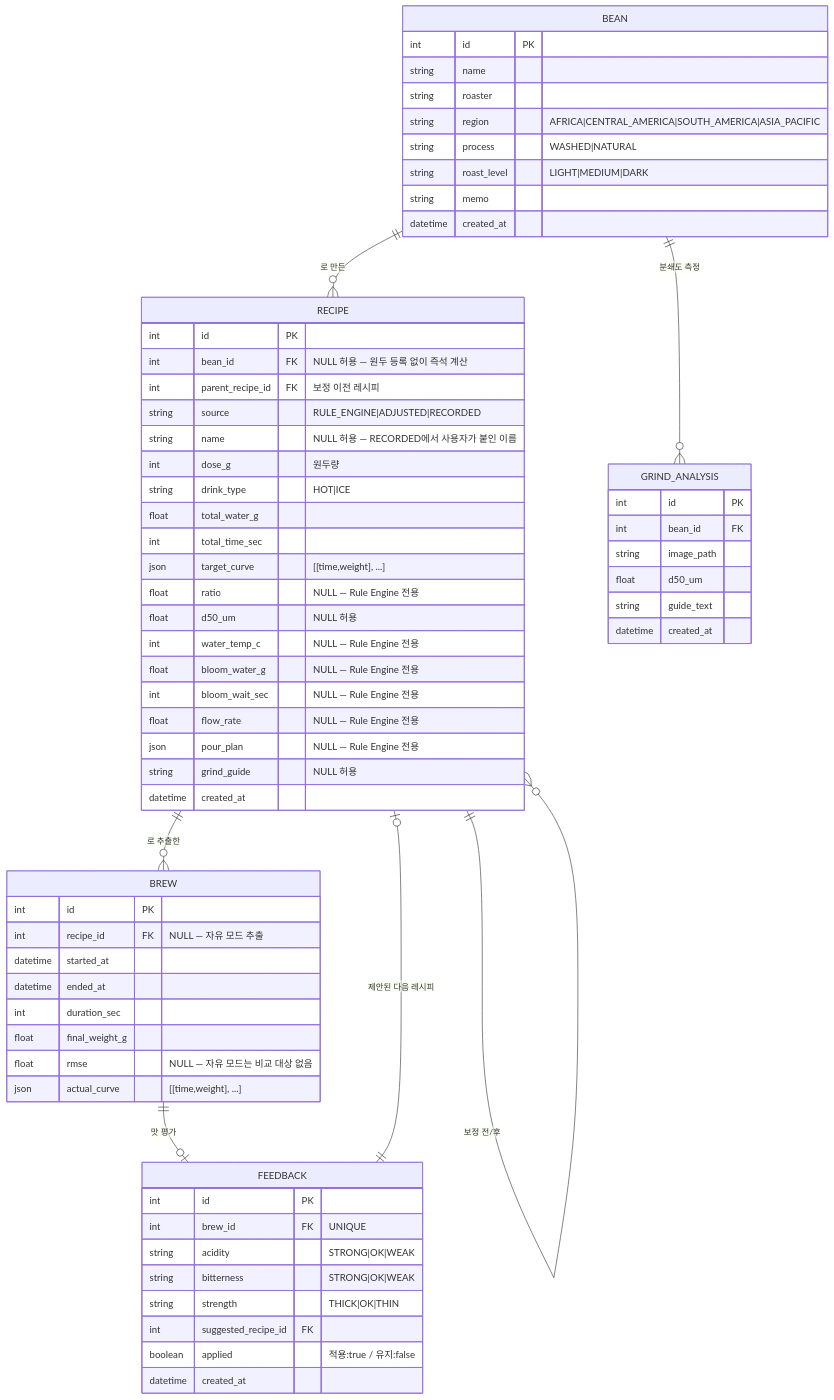
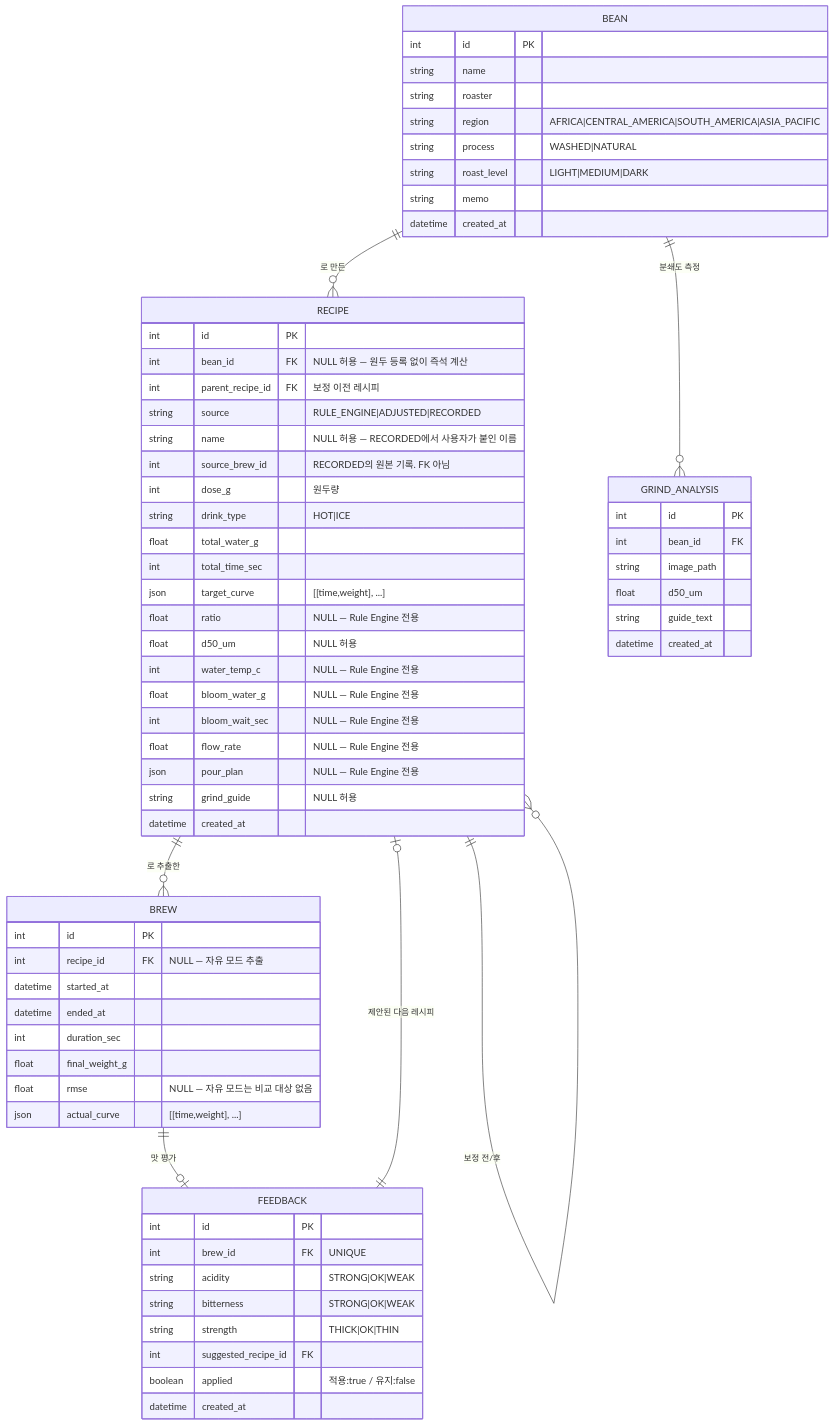
Before and after one commit to kmin-k/DripDraw_Hongik: the diagram in docs/erd.md, drawn with Mermaid. The commit also changed other lines of this file and 8 other files, not shown here.

````diff
--- a/docs/erd.md
+++ b/docs/erd.md
@@ -6,73 +6,74 @@
 ```mermaid
 erDiagram
     BEAN ||--o{ RECIPE : "로 만든"
     RECIPE ||--o{ BREW : "로 추출한"
     RECIPE ||--o{ RECIPE : "보정 전/후"
     BREW ||--o| FEEDBACK : "맛 평가"
     FEEDBACK ||--o| RECIPE : "제안된 다음 레시피"
     BEAN ||--o{ GRIND_ANALYSIS : "분쇄도 측정"
 
     BEAN {
         int id PK
         string name
         string roaster
         string region "AFRICA|CENTRAL_AMERICA|SOUTH_AMERICA|ASIA_PACIFIC"
         string process "WASHED|NATURAL"
         string roast_level "LIGHT|MEDIUM|DARK"
         string memo
         datetime created_at
     }
 
     RECIPE {
         int id PK
         int bean_id FK "NULL 허용 — 원두 등록 없이 즉석 계산"
         int parent_recipe_id FK "보정 이전 레시피"
         string source "RULE_ENGINE|ADJUSTED|RECORDED"
         string name "NULL 허용 — RECORDED에서 사용자가 붙인 이름"
+        int source_brew_id "RECORDED의 원본 기록. FK 아님"
         int dose_g "원두량"
         string drink_type "HOT|ICE"
         float total_water_g
         int total_time_sec
         json target_curve "[[time,weight], ...]"
         float ratio "NULL — Rule Engine 전용"
         float d50_um "NULL 허용"
         int water_temp_c "NULL — Rule Engine 전용"
         float bloom_water_g "NULL — Rule Engine 전용"
         int bloom_wait_sec "NULL — Rule Engine 전용"
         float flow_rate "NULL — Rule Engine 전용"
         json pour_plan "NULL — Rule Engine 전용"
         string grind_guide "NULL 허용"
         datetime created_at
     }
 
     BREW {
         int id PK
         int recipe_id FK "NULL — 자유 모드 추출"
         datetime started_at
         datetime ended_at
         int duration_sec
         float final_weight_g
         float rmse "NULL — 자유 모드는 비교 대상 없음"
         json actual_curve "[[time,weight], ...]"
     }
 
     FEEDBACK {
         int id PK
         int brew_id FK "UNIQUE"
         string acidity "STRONG|OK|WEAK"
         string bitterness "STRONG|OK|WEAK"
         string strength "THICK|OK|THIN"
         int suggested_recipe_id FK
         boolean applied "적용:true / 유지:false"
         datetime created_at
     }
 
     GRIND_ANALYSIS {
         int id PK
         int bean_id FK
         string image_path
         float d50_um
         string guide_text
         datetime created_at
     }
 ```
````
